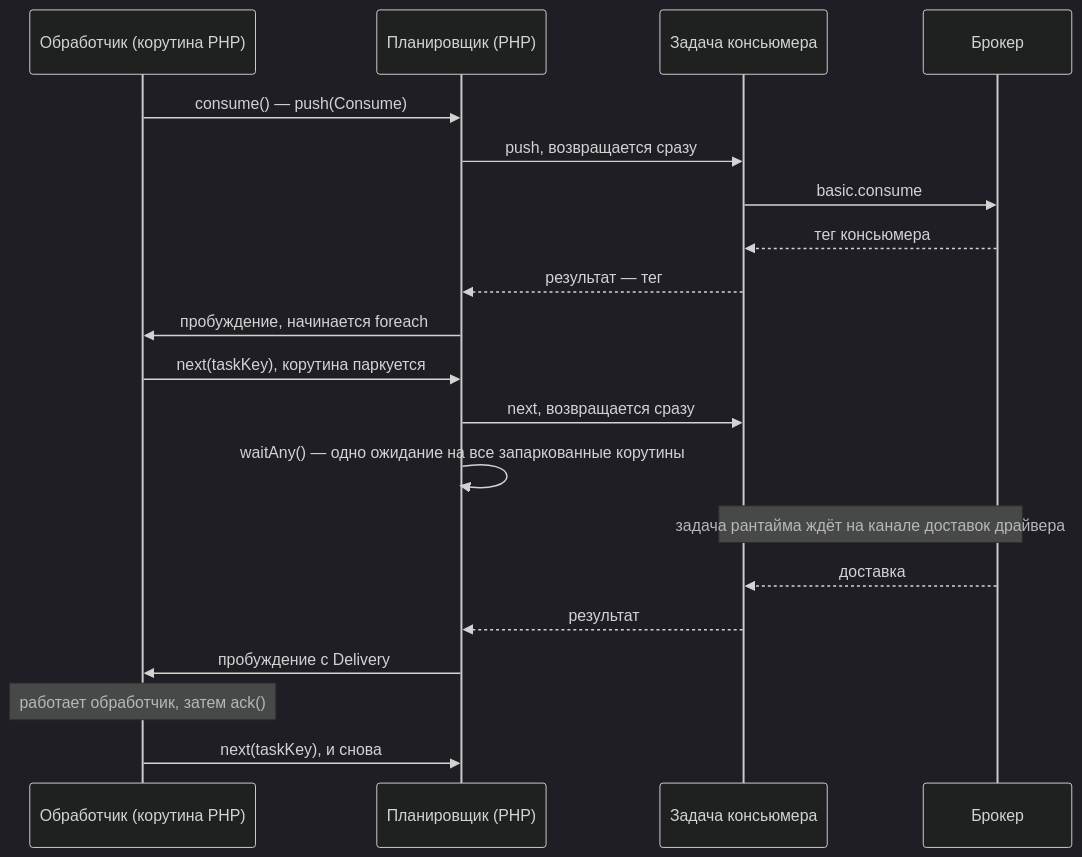
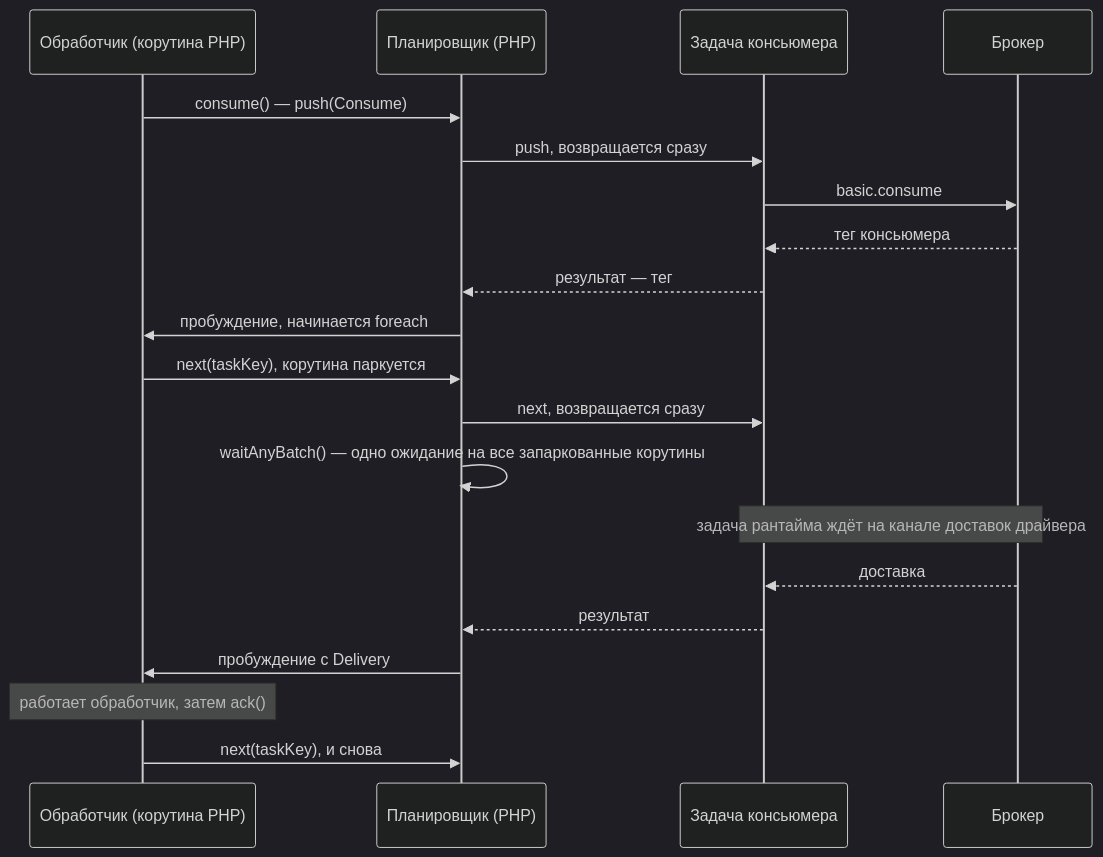
One commit to sprust/sconcur changed the diagram in docs/amqp.ru.md. Above: the diagram before and after it, drawn with Mermaid (dark theme). The commit also changed other lines of this file and 51 other files, not shown here.

````diff
--- a/docs/amqp.ru.md
+++ b/docs/amqp.ru.md
@@ -410,24 +413,24 @@
 ```mermaid
 sequenceDiagram
     participant H as Обработчик (корутина PHP)
     participant S as Планировщик (PHP)
     participant G as Задача консьюмера
     participant B as Брокер
 
     H->>S: consume() — push(Consume)
     S->>G: push, возвращается сразу
     G->>B: basic.consume
     B-->>G: тег консьюмера
     G-->>S: результат — тег
     S->>H: пробуждение, начинается foreach
 
     H->>S: next(taskKey), корутина паркуется
     S->>G: next, возвращается сразу
-    S->>S: waitAny() — одно ожидание на все запаркованные корутины
+    S->>S: waitAnyBatch() — одно ожидание на все запаркованные корутины
     Note over G,B: задача рантайма ждёт на канале доставок драйвера
     B-->>G: доставка
     G-->>S: результат
     S->>H: пробуждение с Delivery
     Note over H: работает обработчик, затем ack()
     H->>S: next(taskKey), и снова
 ```
````
